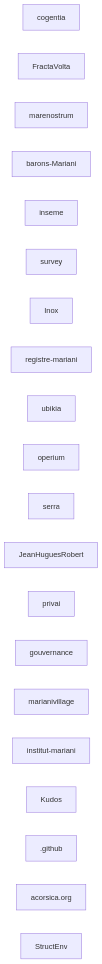
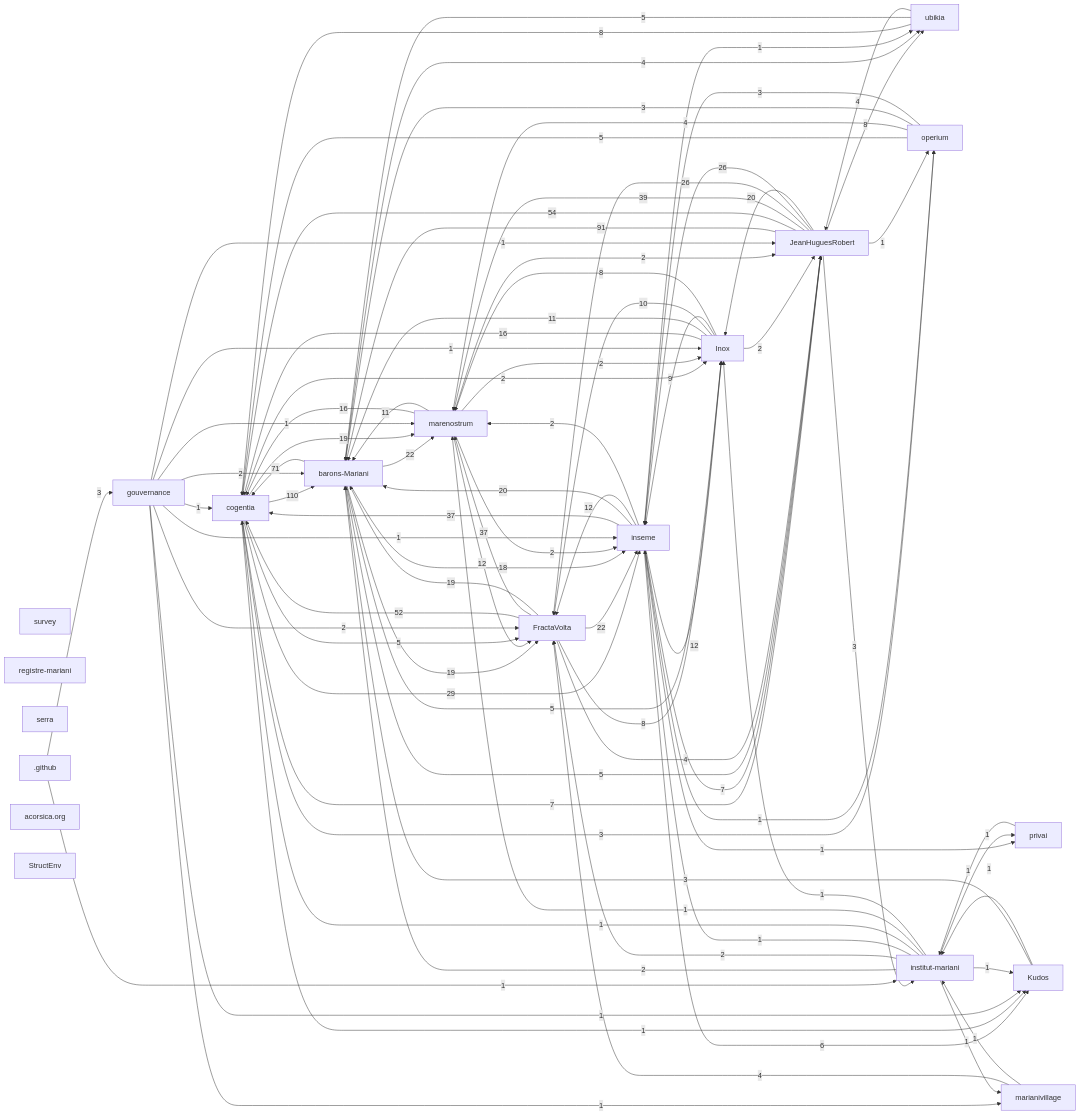
One commit to JeanHuguesRobert/cogentia changed the first of 2 diagrams in research/corpus-status.md. Above: the diagram before and after it, drawn with Mermaid. The commit also changed other lines of this file and 42 other files, not shown here.

````diff
--- a/research/corpus-status.md
+++ b/research/corpus-status.md
@@ -86,4 +86,88 @@
   r_github[".github"]
   r_acorsica_org["acorsica.org"]
   r_structenv["StructEnv"]
+  r_cogentia -->|110| r_barons_mariani
+  r_jeanhuguesrobert -->|91| r_barons_mariani
+  r_barons_mariani -->|71| r_cogentia
+  r_jeanhuguesrobert -->|54| r_cogentia
+  r_fractavolta -->|52| r_cogentia
+  r_jeanhuguesrobert -->|39| r_marenostrum
+  r_fractavolta -->|37| r_marenostrum
+  r_inseme -->|37| r_cogentia
+  r_cogentia -->|29| r_inseme
+  r_jeanhuguesrobert -->|26| r_fractavolta
+  r_jeanhuguesrobert -->|26| r_inseme
+  r_barons_mariani -->|22| r_marenostrum
+  r_fractavolta -->|22| r_inseme
+  r_inseme -->|20| r_barons_mariani
+  r_jeanhuguesrobert -->|20| r_inox
+  r_barons_mariani -->|19| r_fractavolta
+  r_cogentia -->|19| r_marenostrum
+  r_fractavolta -->|19| r_barons_mariani
+  r_barons_mariani -->|18| r_inseme
+  r_inox -->|16| r_cogentia
+  r_marenostrum -->|16| r_cogentia
+  r_inseme -->|12| r_fractavolta
+  r_inseme -->|12| r_inox
+  r_marenostrum -->|12| r_fractavolta
+  r_inox -->|11| r_barons_mariani
+  r_marenostrum -->|11| r_barons_mariani
+  r_inox -->|10| r_fractavolta
+  r_inox -->|9| r_inseme
+  r_fractavolta -->|8| r_inox
+  r_inox -->|8| r_marenostrum
+  r_jeanhuguesrobert -->|8| r_ubikia
+  r_ubikia -->|8| r_cogentia
+  r_cogentia -->|7| r_jeanhuguesrobert
+  r_inseme -->|7| r_jeanhuguesrobert
+  r_inseme -->|6| r_kudos
+  r_barons_mariani -->|5| r_inox
+  r_barons_mariani -->|5| r_jeanhuguesrobert
+  r_cogentia -->|5| r_fractavolta
+  r_operium -->|5| r_cogentia
+  r_ubikia -->|5| r_barons_mariani
+  r_barons_mariani -->|4| r_ubikia
+  r_fractavolta -->|4| r_jeanhuguesrobert
+  r_marianivillage -->|4| r_fractavolta
+  r_operium -->|4| r_marenostrum
+  r_ubikia -->|4| r_jeanhuguesrobert
+  r_github -->|3| r_gouvernance
+  r_cogentia -->|3| r_operium
+  r_jeanhuguesrobert -->|3| r_institut_mariani
+  r_kudos -->|3| r_barons_mariani
+  r_operium -->|3| r_barons_mariani
+  r_operium -->|3| r_inseme
+  r_cogentia -->|2| r_inox
+  r_gouvernance -->|2| r_barons_mariani
+  r_gouvernance -->|2| r_fractavolta
+  r_inox -->|2| r_jeanhuguesrobert
+  r_inseme -->|2| r_marenostrum
+  r_institut_mariani -->|2| r_barons_mariani
+  r_institut_mariani -->|2| r_fractavolta
+  r_marenostrum -->|2| r_jeanhuguesrobert
+  r_marenostrum -->|2| r_inseme
+  r_marenostrum -->|2| r_inox
+  r_github -->|1| r_institut_mariani
+  r_cogentia -->|1| r_kudos
+  r_gouvernance -->|1| r_jeanhuguesrobert
+  r_gouvernance -->|1| r_cogentia
+  r_gouvernance -->|1| r_inseme
+  r_gouvernance -->|1| r_marenostrum
+  r_gouvernance -->|1| r_inox
+  r_gouvernance -->|1| r_kudos
+  r_gouvernance -->|1| r_marianivillage
+  r_inseme -->|1| r_operium
+  r_inseme -->|1| r_privai
+  r_inseme -->|1| r_ubikia
+  r_institut_mariani -->|1| r_privai
+  r_institut_mariani -->|1| r_kudos
+  r_institut_mariani -->|1| r_marianivillage
+  r_institut_mariani -->|1| r_inseme
+  r_institut_mariani -->|1| r_cogentia
+  r_institut_mariani -->|1| r_marenostrum
+  r_institut_mariani -->|1| r_inox
+  r_jeanhuguesrobert -->|1| r_operium
+  r_kudos -->|1| r_institut_mariani
+  r_marianivillage -->|1| r_institut_mariani
+  r_privai -->|1| r_institut_mariani
 ```
````
